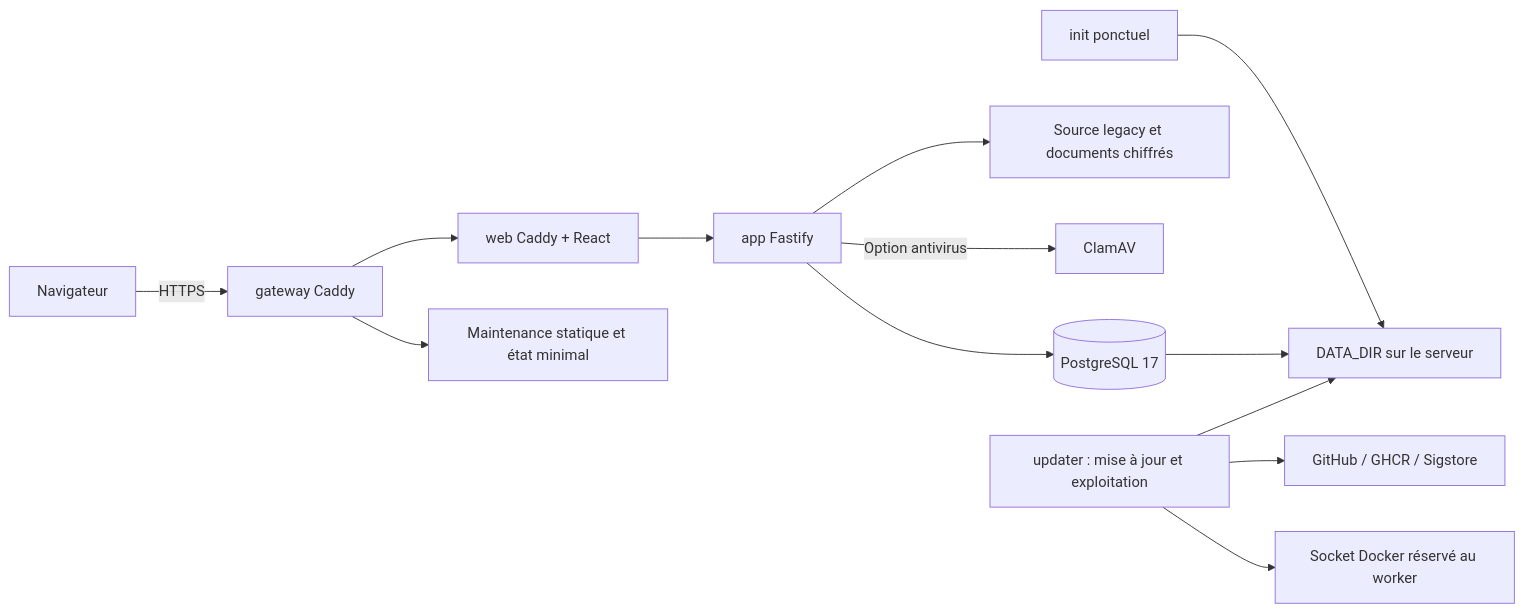
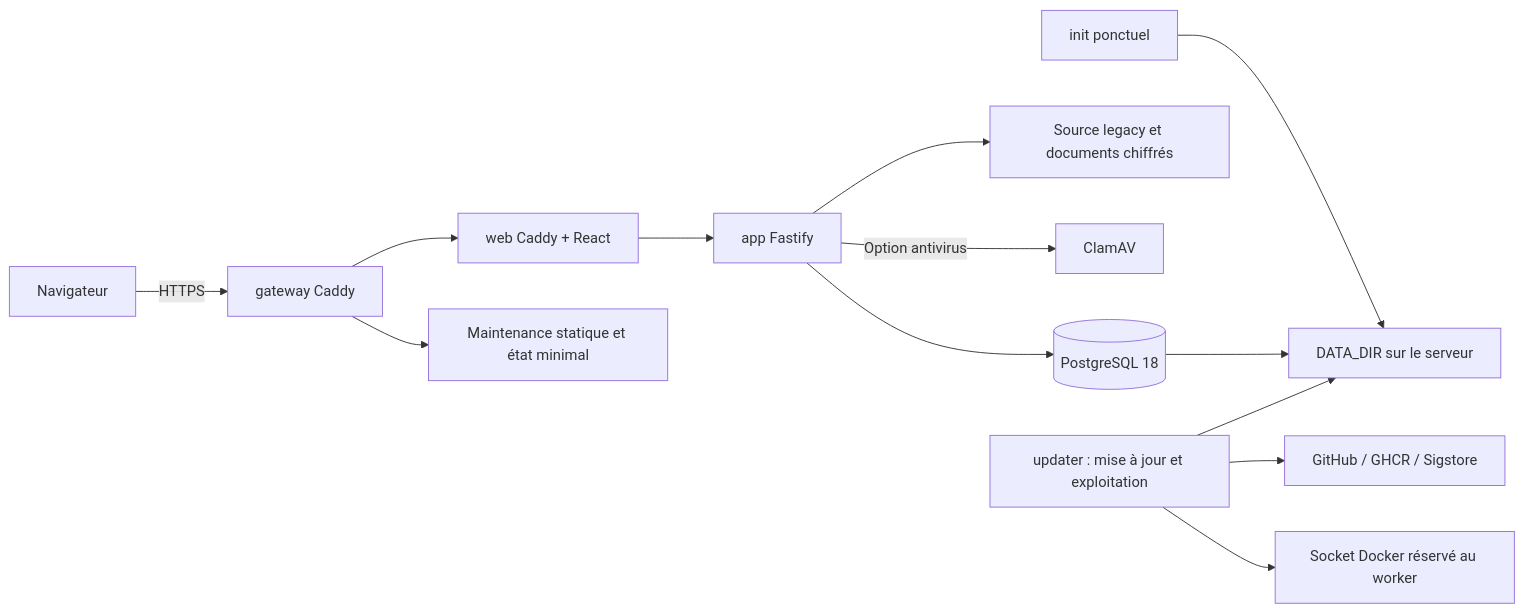
The diagram in docs/03_ARCHITECTURE/ARCHITECTURE_TECHNIQUE.md (yousername-ha/suivi-audits), drawn with Mermaid before and after one commit. The commit also changed other lines of this file and 34 other files, not shown here.

First line of the commit message:
feat(plateforme): PostgreSQL 18 et Node.js 26, migration automatique des données (ADR 0035)

````diff
--- a/docs/03_ARCHITECTURE/ARCHITECTURE_TECHNIQUE.md
+++ b/docs/03_ARCHITECTURE/ARCHITECTURE_TECHNIQUE.md
@@ -5,15 +5,15 @@
 ```mermaid
 flowchart LR
     U[Navigateur] -->|HTTPS| G[gateway Caddy]
     G --> W[web Caddy + React]
     G --> M[Maintenance statique et état minimal]
     W --> A[app Fastify]
-    A --> P[(PostgreSQL 17)]
+    A --> P[(PostgreSQL 18)]
     A --> L[Source legacy et documents chiffrés]
     A -->|Option antivirus| V[ClamAV]
     I[init ponctuel] --> D[DATA_DIR sur le serveur]
     P --> D
     R[updater : mise à jour et exploitation] --> D
     R --> H[GitHub / GHCR / Sigstore]
     R --> S[Socket Docker réservé au worker]
 ```
````
